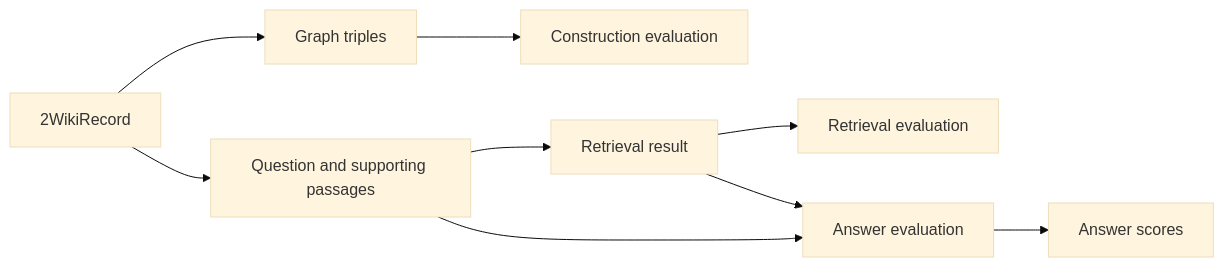
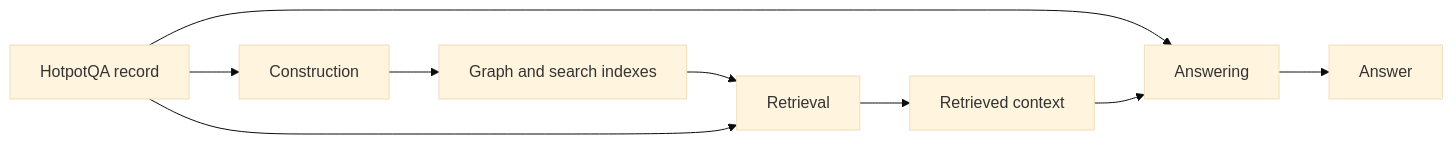
The first of 4 diagrams in docs/graphrag/evaluation.md (udit19199/RecRAG), drawn with Mermaid (base theme) before and after one commit. The commit also changed other lines of this file and 25 other files, not shown here.

````diff
--- a/docs/graphrag/evaluation.md
+++ b/docs/graphrag/evaluation.md
@@ -6,11 +11,11 @@
 ```mermaid
 flowchart LR
-    A[2WikiRecord] --> B[Graph triples]
-    B --> C[Construction evaluation]
-    A --> D[Question and supporting passages]
-    D --> E[Retrieval result]
-    E --> F[Retrieval evaluation]
-    D --> G[Answer evaluation]
-    E --> G
-    G --> H[Answer scores]
+    A[HotpotQA record] --> B[Construction]
+    B --> C[Graph and search indexes]
+    C --> D[Retrieval]
+    A --> D
+    D --> E[Retrieved context]
+    A --> F[Answering]
+    E --> F
+    F --> G[Answer]
 ```
````
